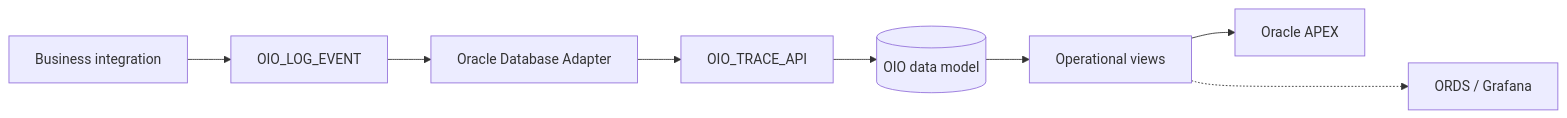
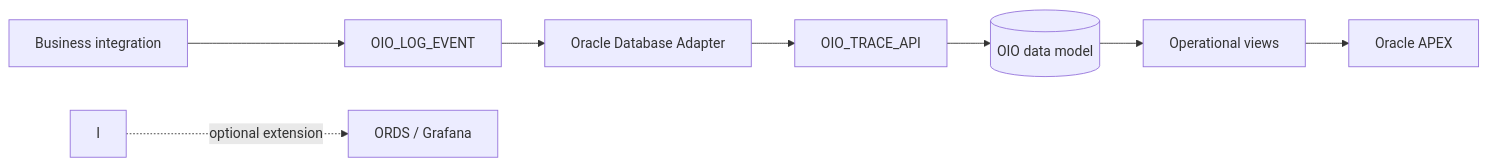
One commit to lucianosilva/oracle-integration-observability changed the diagram in README.md. Above: the diagram before and after it, drawn with Mermaid. The commit also changed other lines of this file and 2 other files, not shown here.

Commit message:
docs: document optional ORDS and Grafana extension

````diff
--- a/README.md
+++ b/README.md
@@ -17,11 +17,11 @@
 ```mermaid
 flowchart LR
     A[Business integration] --> B[OIO_LOG_EVENT]
     B --> C[Oracle Database Adapter]
     C --> D[OIO_TRACE_API]
 
     D --> E[(OIO data model)]
     E --> F[Operational views]
     F --> G[Oracle APEX]
-    F -..-> H[ORDS / Grafana]
+    I -. optional extension .-> L[ORDS / Grafana]
 ```
````
